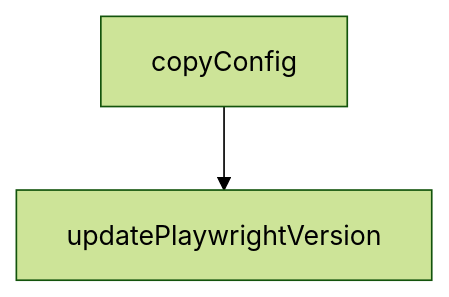
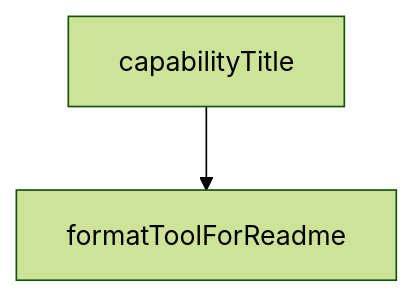
The diagram in tutorials/playwright-mcp-tutorial/01-getting-started.md (johnxie/awesome-code-docs), drawn with Mermaid (forest theme) before and after one commit. The commit also changed other lines of this file and 104 other files, not shown here.

````diff
--- a/tutorials/playwright-mcp-tutorial/01-getting-started.md
+++ b/tutorials/playwright-mcp-tutorial/01-getting-started.md
@@ -142,6 +140,6 @@
 ```mermaid
 flowchart TD
-    A[copyConfig]
-    B[updatePlaywrightVersion]
+    A[capabilityTitle]
+    B[formatToolForReadme]
     A --> B
 ```
````
